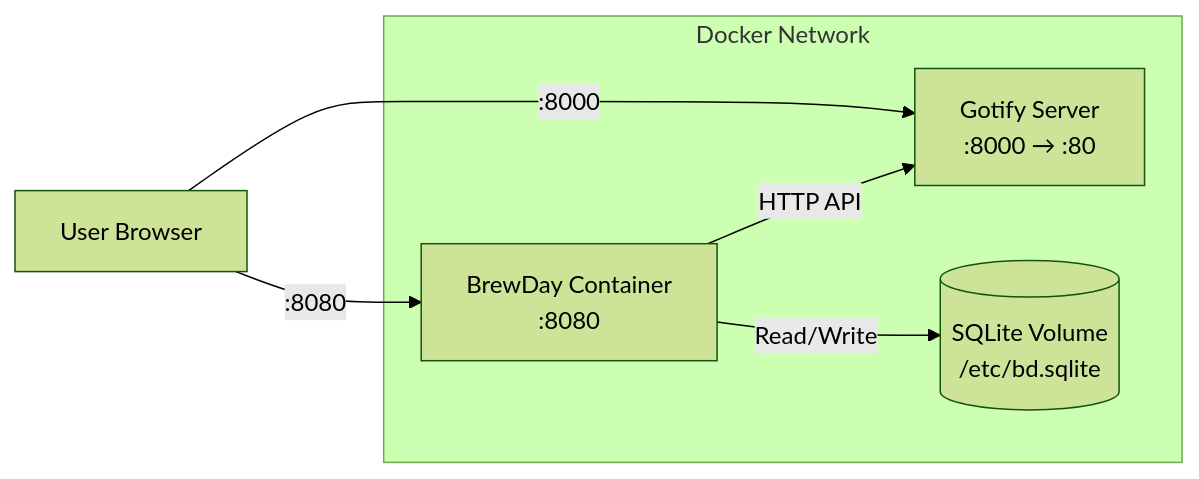
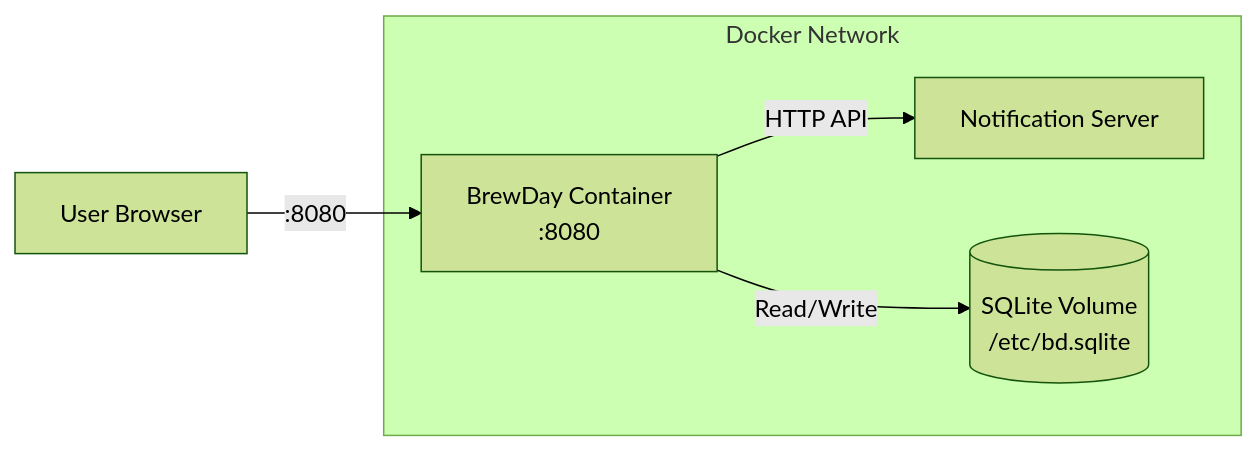
The sixth of 8 diagrams in TECHNICAL_OVERVIEW.md (juan-castrillon/brewday), drawn with Mermaid (forest theme) before and after one commit. The commit also changed other lines of this file and 33 other files, not shown here.

````diff
--- a/TECHNICAL_OVERVIEW.md
+++ b/TECHNICAL_OVERVIEW.md
@@ -429,13 +435,12 @@
 ```mermaid
 graph LR
     subgraph Docker Network
-        Gotify[Gotify Server<br/>:8000 → :80]
+        Notifications[Notification Server<br/>]
         BrewDay[BrewDay Container<br/>:8080]
         SQLiteVol[(SQLite Volume<br/>/etc/bd.sqlite)]
     end
 
-    BrewDay -->|HTTP API| Gotify
+    BrewDay -->|HTTP API| Notifications
     BrewDay -->|Read/Write| SQLiteVol
     User[User Browser] -->|:8080| BrewDay
-    User -->|:8000| Gotify
 ```
````
